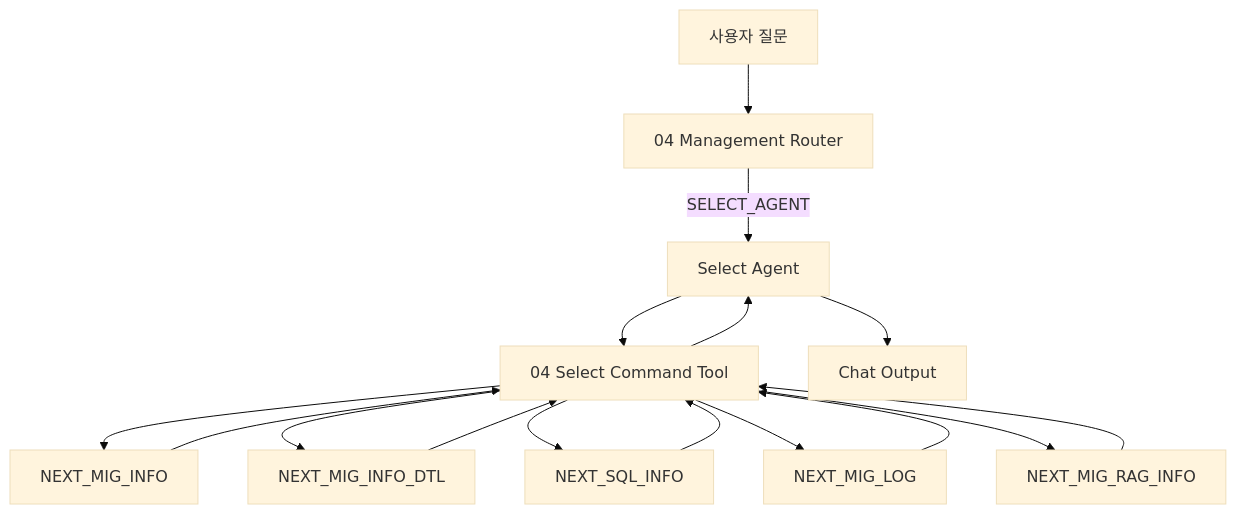
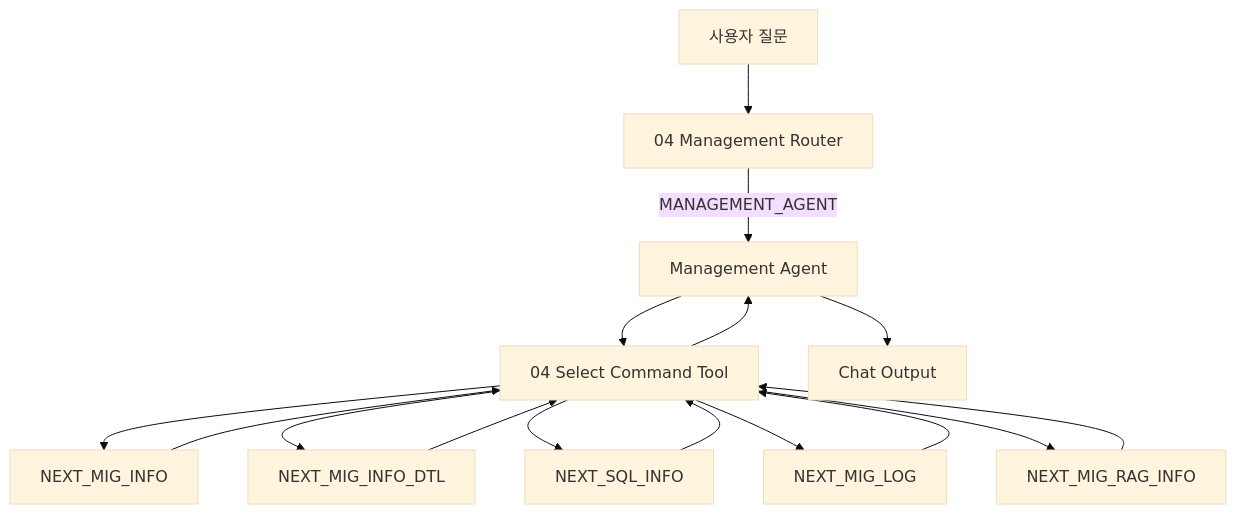
Before and after one commit to seongikjin227-jpg/refactoring_smartMigrate: the third of 3 diagrams in smartMigrate_2.0_Langflow/00_guide/00_architecture_chapter5_logging_operations.md, drawn with Mermaid (base theme). The commit also changed other lines of this file and 8 other files, not shown here.

````diff
--- a/smartMigrate_2.0_Langflow/00_guide/00_architecture_chapter5_logging_operations.md
+++ b/smartMigrate_2.0_Langflow/00_guide/00_architecture_chapter5_logging_operations.md
@@ -69,18 +69,18 @@
 ```mermaid
 flowchart TD
     USER[사용자 질문] --> R04[04 Management Router]
-    R04 -->|SELECT_AGENT| AGENT[Select Agent]
+    R04 -->|MANAGEMENT_AGENT| AGENT[Management Agent]
     AGENT --> TOOL[04 Select Command Tool]
     TOOL --> MINFO[NEXT_MIG_INFO]
     TOOL --> MINFOD[NEXT_MIG_INFO_DTL]
     TOOL --> SINFO[NEXT_SQL_INFO]
     TOOL --> LOG[NEXT_MIG_LOG]
     TOOL --> RAG[NEXT_MIG_RAG_INFO]
     MINFO --> TOOL
     MINFOD --> TOOL
     SINFO --> TOOL
     LOG --> TOOL
     RAG --> TOOL
     TOOL --> AGENT
     AGENT --> OUT[Chat Output]
 ```
````
